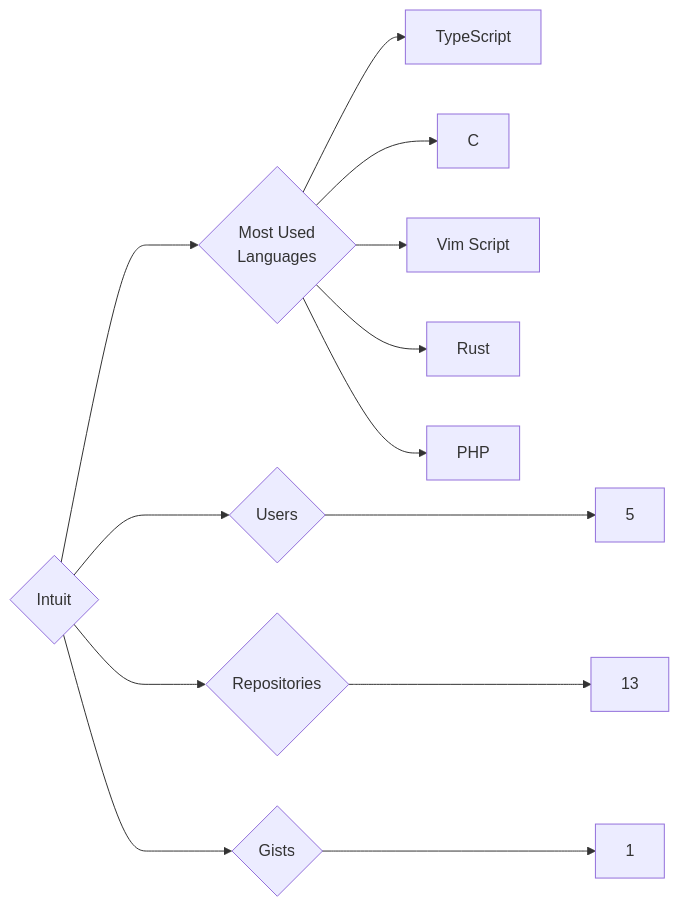
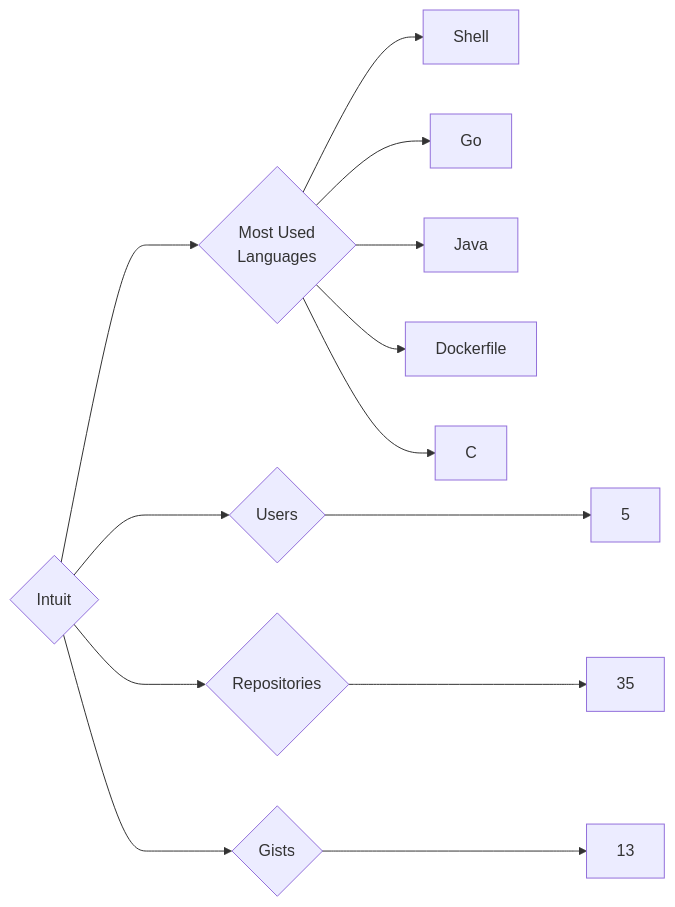
Before and after one commit to trickest/insiders: the diagram in targets/Intuit/README.md, drawn with Mermaid. The commit also changed 1148 other files, not shown here.

````diff
--- a/targets/Intuit/README.md
+++ b/targets/Intuit/README.md
@@ -3,13 +3,13 @@
 ```mermaid
 graph LR
 COMPANY_NAME{Intuit}
 COMPANY_NAME ---> U{Users} ---> UN[5]
-COMPANY_NAME ---> R{Repositories} ---> RN[13]
-COMPANY_NAME ---> G{Gists} ---> GN[1]
+COMPANY_NAME ---> R{Repositories} ---> RN[35]
+COMPANY_NAME ---> G{Gists} ---> GN[13]
 COMPANY_NAME ---> ML{Most Used<br>Languages}
-ML --> TypeScript[TypeScript]
+ML --> Shell[Shell]
+ML --> Go[Go]
+ML --> Java[Java]
+ML --> Dockerfile[Dockerfile]
 ML --> C[C]
-ML --> Vim_Script[Vim Script]
-ML --> Rust[Rust]
-ML --> PHP[PHP]
 ```
````
